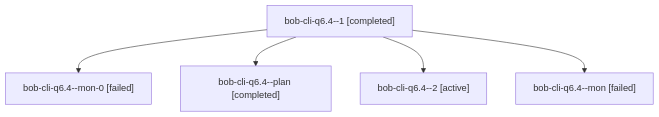
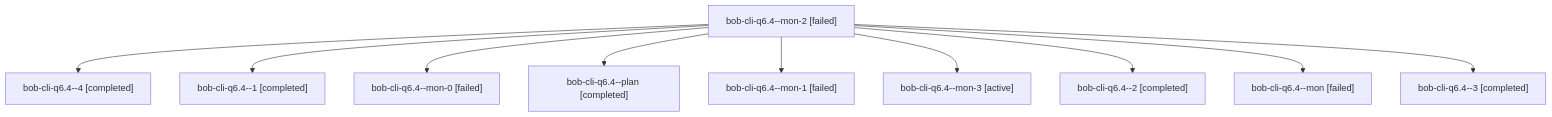
The diagram in sessions/bbugyi200.athena.bob-cli-q6.4.md (bobs-org/bob-cli--agents), drawn with Mermaid before and after one commit. The commit also changed other lines of this file and 103 other files, not shown here.

````diff
--- a/sessions/bbugyi200.athena.bob-cli-q6.4.md
+++ b/sessions/bbugyi200.athena.bob-cli-q6.4.md
@@ -9,12 +9,22 @@
 ```mermaid
 flowchart TD
-  n0["bob-cli-q6.4--1 [completed]"]
-  n1["bob-cli-q6.4--mon-0 [failed]"]
+  n0["bob-cli-q6.4--mon-2 [failed]"]
+  n1["bob-cli-q6.4--4 [completed]"]
   n0 --> n1
-  n2["bob-cli-q6.4--plan [completed]"]
+  n2["bob-cli-q6.4--1 [completed]"]
   n0 --> n2
-  n3["bob-cli-q6.4--2 [active]"]
+  n3["bob-cli-q6.4--mon-0 [failed]"]
   n0 --> n3
-  n4["bob-cli-q6.4--mon [failed]"]
+  n4["bob-cli-q6.4--plan [completed]"]
   n0 --> n4
+  n5["bob-cli-q6.4--mon-1 [failed]"]
+  n0 --> n5
+  n6["bob-cli-q6.4--mon-3 [active]"]
+  n0 --> n6
+  n7["bob-cli-q6.4--2 [completed]"]
+  n0 --> n7
+  n8["bob-cli-q6.4--mon [failed]"]
+  n0 --> n8
+  n9["bob-cli-q6.4--3 [completed]"]
+  n0 --> n9
 ```
````
